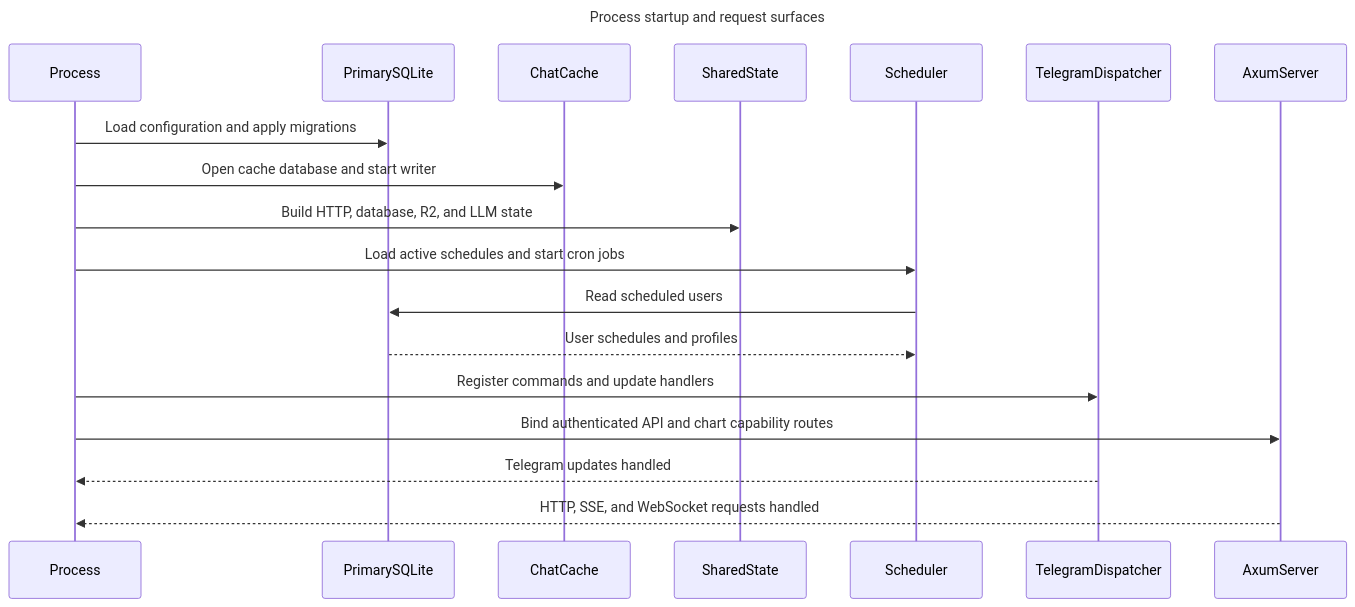
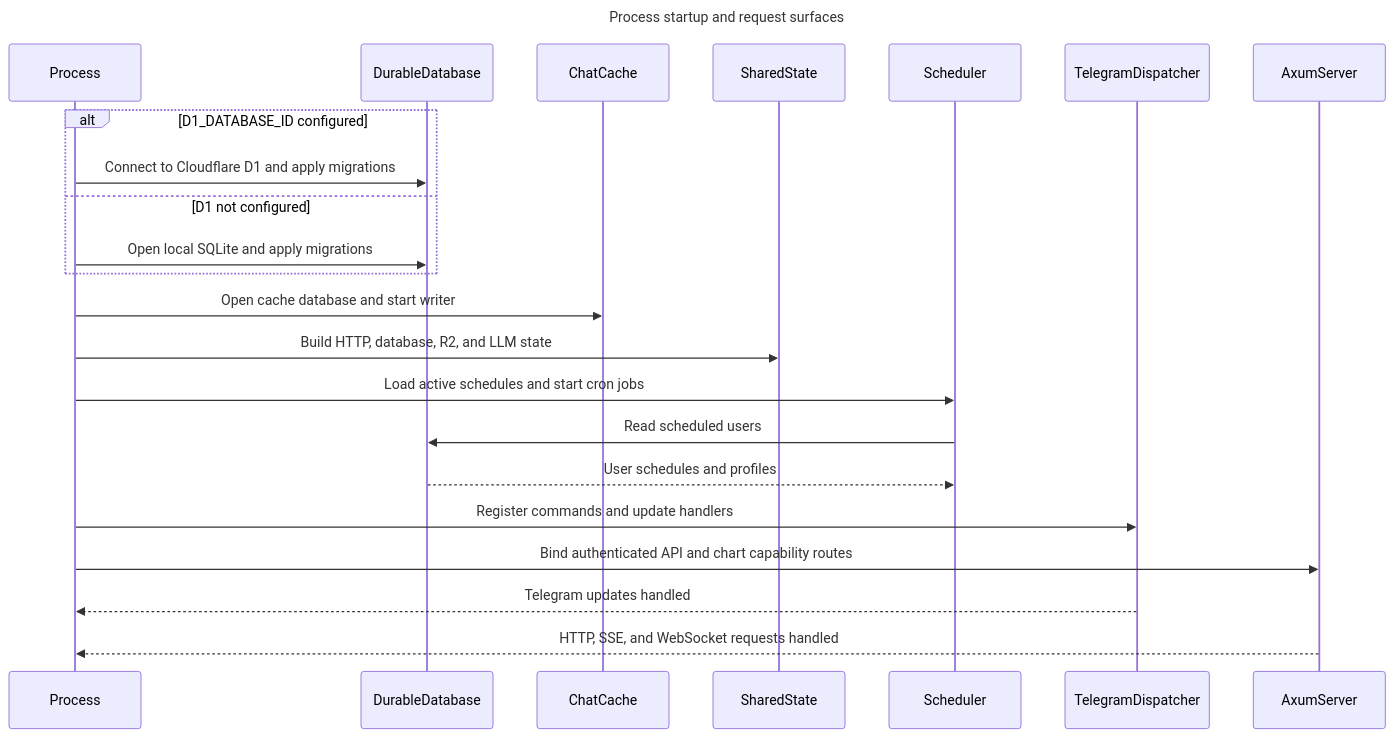
One commit to henius98/BaziFlowAgent changed the first of 6 diagrams in docs/project-flow-sequence.md. Above: the diagram before and after it, drawn with Mermaid. The commit also changed other lines of this file and 22 other files, not shown here.

````diff
--- a/docs/project-flow-sequence.md
+++ b/docs/project-flow-sequence.md
@@ -7,22 +7,26 @@
 ```mermaid
 sequenceDiagram
     title Process startup and request surfaces
     participant Process
-    participant PrimarySQLite
+    participant DurableDatabase
     participant ChatCache
     participant SharedState
     participant Scheduler
     participant TelegramDispatcher
     participant AxumServer
 
-    Process->>PrimarySQLite: Load configuration and apply migrations
+    alt D1_DATABASE_ID configured
+        Process->>DurableDatabase: Connect to Cloudflare D1 and apply migrations
+    else D1 not configured
+        Process->>DurableDatabase: Open local SQLite and apply migrations
+    end
     Process->>ChatCache: Open cache database and start writer
     Process->>SharedState: Build HTTP, database, R2, and LLM state
     Process->>Scheduler: Load active schedules and start cron jobs
-    Scheduler->>PrimarySQLite: Read scheduled users
-    PrimarySQLite-->>Scheduler: User schedules and profiles
+    Scheduler->>DurableDatabase: Read scheduled users
+    DurableDatabase-->>Scheduler: User schedules and profiles
     Process->>TelegramDispatcher: Register commands and update handlers
     Process->>AxumServer: Bind authenticated API and chart capability routes
     TelegramDispatcher-->>Process: Telegram updates handled
     AxumServer-->>Process: HTTP, SSE, and WebSocket requests handled
 ```
````
